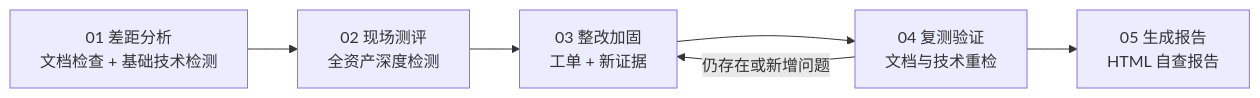
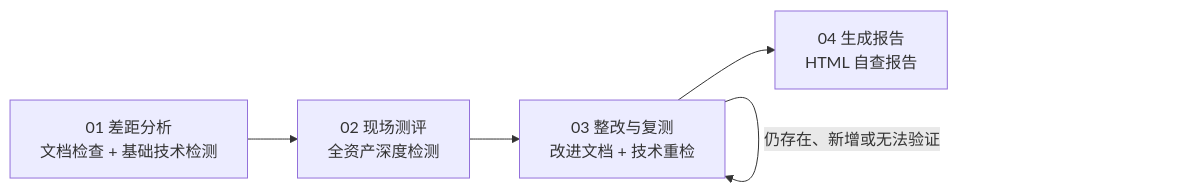
Before and after one commit to asxzsa558/CertiProof: the fourth of 11 diagrams in .opencode/plans/ARCHITECTURE.md, drawn with Mermaid. The commit also changed other lines of this file and 120 other files, not shown here.

````diff
--- a/.opencode/plans/ARCHITECTURE.md
+++ b/.opencode/plans/ARCHITECTURE.md
@@ -284,8 +286,7 @@
 ```mermaid
 flowchart LR
   GAP["01 差距分析<br/>文档检查 + 基础技术检测"] --> FIELD["02 现场测评<br/>全资产深度检测"]
-  FIELD --> REM["03 整改加固<br/>工单 + 新证据"]
-  REM --> RETEST["04 复测验证<br/>文档与技术重检"]
-  RETEST --> REPORT["05 生成报告<br/>HTML 自查报告"]
-  RETEST -->|"仍存在或新增问题"| REM
+  FIELD --> VERIFY["03 整改与复测<br/>改进文档 + 技术重检"]
+  VERIFY --> REPORT["04 生成报告<br/>HTML 自查报告"]
+  VERIFY -->|"仍存在、新增或无法验证"| VERIFY
 ```
````
